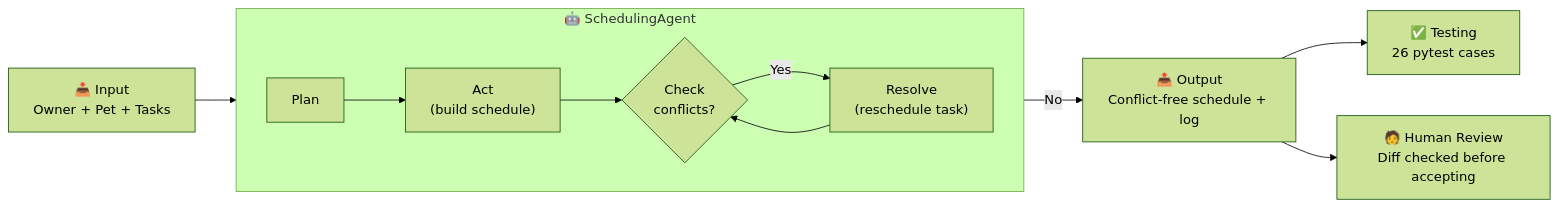
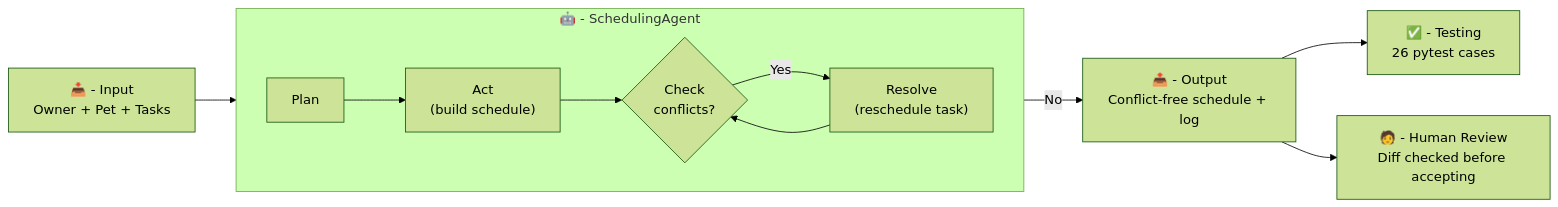
One commit to josealarconchacon/applied-ai-system-project changed the diagram in diagrams/architecture.mmd. Above: the diagram before and after it, drawn with Mermaid (forest theme).

Commit message:
Add system architecture diagram (Mermaid) for agentic workflow

```diff
--- a/diagrams/architecture.mmd
+++ b/diagrams/architecture.mmd
@@ -1,12 +1,12 @@
 flowchart LR
-    IN["📥 Input<br/>Owner + Pet + Tasks"] --> AGENT
+    IN["📥 - Input<br/>Owner + Pet + Tasks"] --> AGENT
 
-    subgraph AGENT["🤖 SchedulingAgent"]
+    subgraph AGENT["🤖 - SchedulingAgent"]
         direction LR
         PLAN["Plan"] --> ACT["Act<br/>(build schedule)"] --> CHECK{"Check<br/>conflicts?"}
         CHECK -->|Yes| RESOLVE["Resolve<br/>(reschedule task)"] --> CHECK
     end
 
-    CHECK -->|No| OUT["📤 Output<br/>Conflict-free schedule + log"]
-    OUT --> TEST["✅ Testing<br/>26 pytest cases"]
-    OUT --> HUMAN["🧑 Human Review<br/>Diff checked before accepting"]
+    CHECK -->|No| OUT["📤 - Output<br/>Conflict-free schedule + log"]
+    OUT --> TEST["✅ - Testing<br/>26 pytest cases"]
+    OUT --> HUMAN["🧑 - Human Review<br/>Diff checked before accepting"]
```
